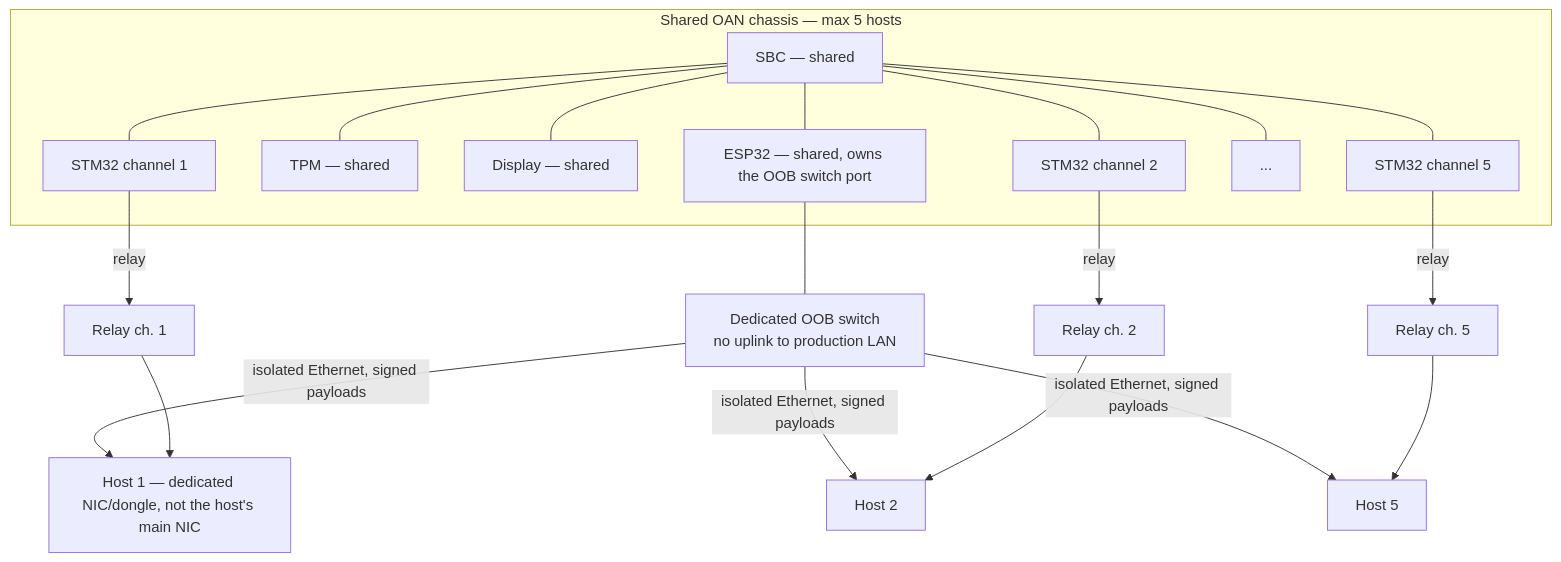
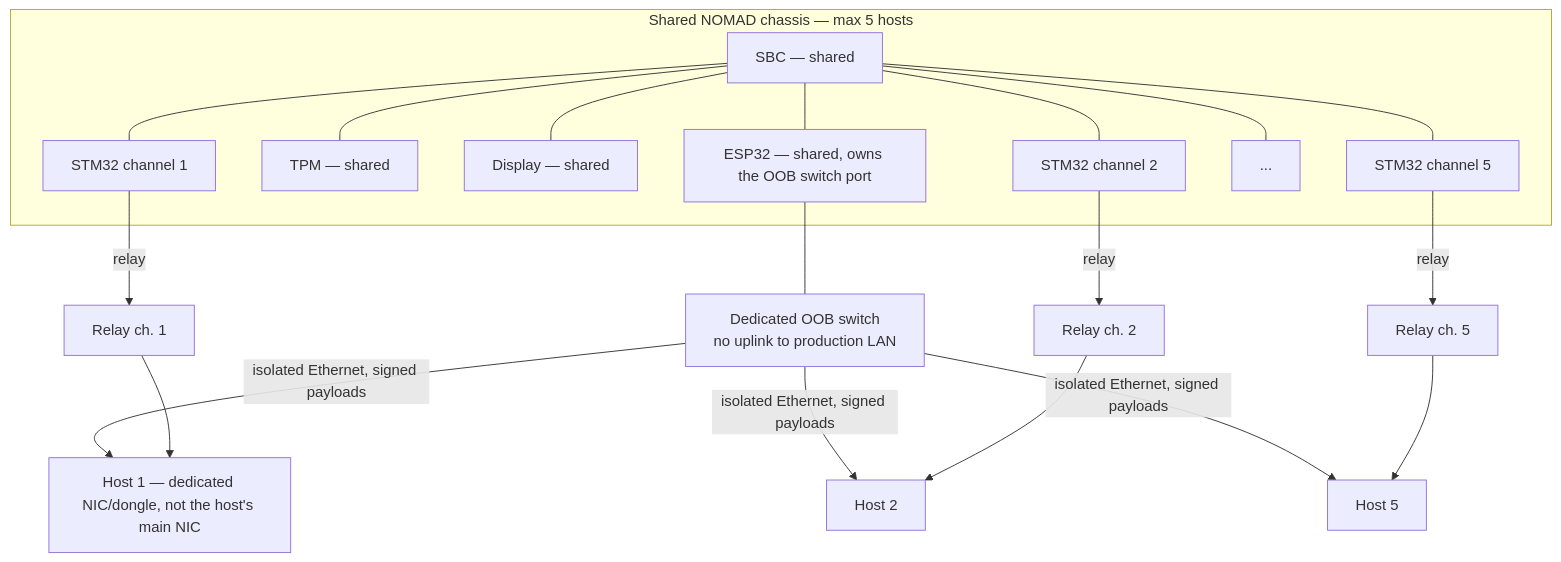
The seventh of 8 diagrams in docs/features/hardware-ext/nomad-hardware-appliance.md (pardhuvarmax/kernel-borderlands), drawn with Mermaid before and after one commit. The commit also changed other lines of this file and 6 other files, not shown here.

First line of the commit message:
rename: finish OAN -> NOMAD content updates missed by prior commit

````diff
--- a/docs/features/hardware-ext/nomad-hardware-appliance.md
+++ b/docs/features/hardware-ext/nomad-hardware-appliance.md
@@ -326,28 +326,28 @@
 ```mermaid
 graph TD
-    subgraph CHASSIS["Shared OAN chassis — max 5 hosts"]
+    subgraph CHASSIS["Shared NOMAD chassis — max 5 hosts"]
         SBC["SBC — shared"]
         ESP32C["ESP32 — shared, owns the OOB switch port"]
         TPMC["TPM — shared"]
         DISPC["Display — shared"]
         STM1["STM32 channel 1"]
         STM2["STM32 channel 2"]
         STM3["..."]
         STM5["STM32 channel 5"]
         SBC --- STM1
         SBC --- STM2
         SBC --- STM3
         SBC --- STM5
         SBC --- ESP32C
         SBC --- TPMC
         SBC --- DISPC
     end
     SWITCH["Dedicated OOB switch<br/>no uplink to production LAN"]
     ESP32C --- SWITCH
     SWITCH -->|"isolated Ethernet, signed payloads"| H1["Host 1 — dedicated NIC/dongle, not the host's main NIC"]
     SWITCH -->|"isolated Ethernet, signed payloads"| H2["Host 2"]
     SWITCH -->|"isolated Ethernet, signed payloads"| H5["Host 5"]
     STM1 -->|"relay"| RELAY1["Relay ch. 1"] --> H1
     STM2 -->|"relay"| RELAY2["Relay ch. 2"] --> H2
     STM5 -->|"relay"| RELAY5["Relay ch. 5"] --> H5
 ```
````
